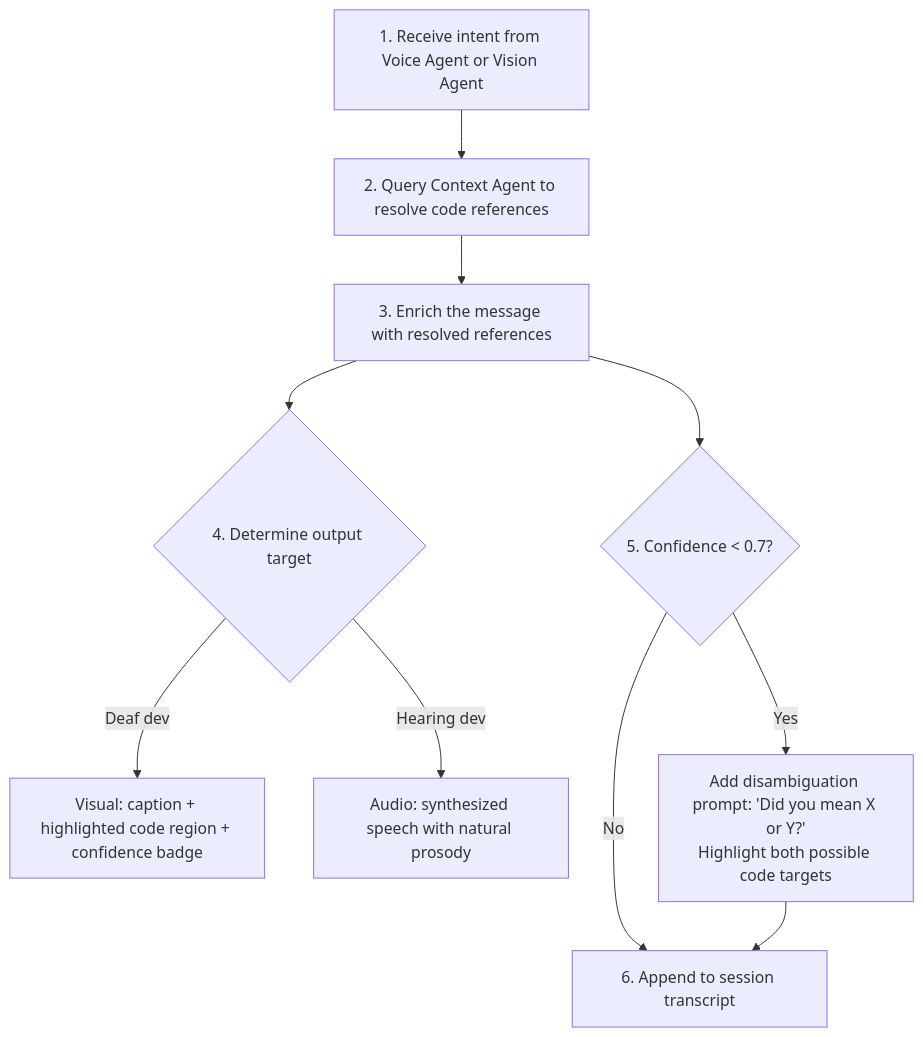
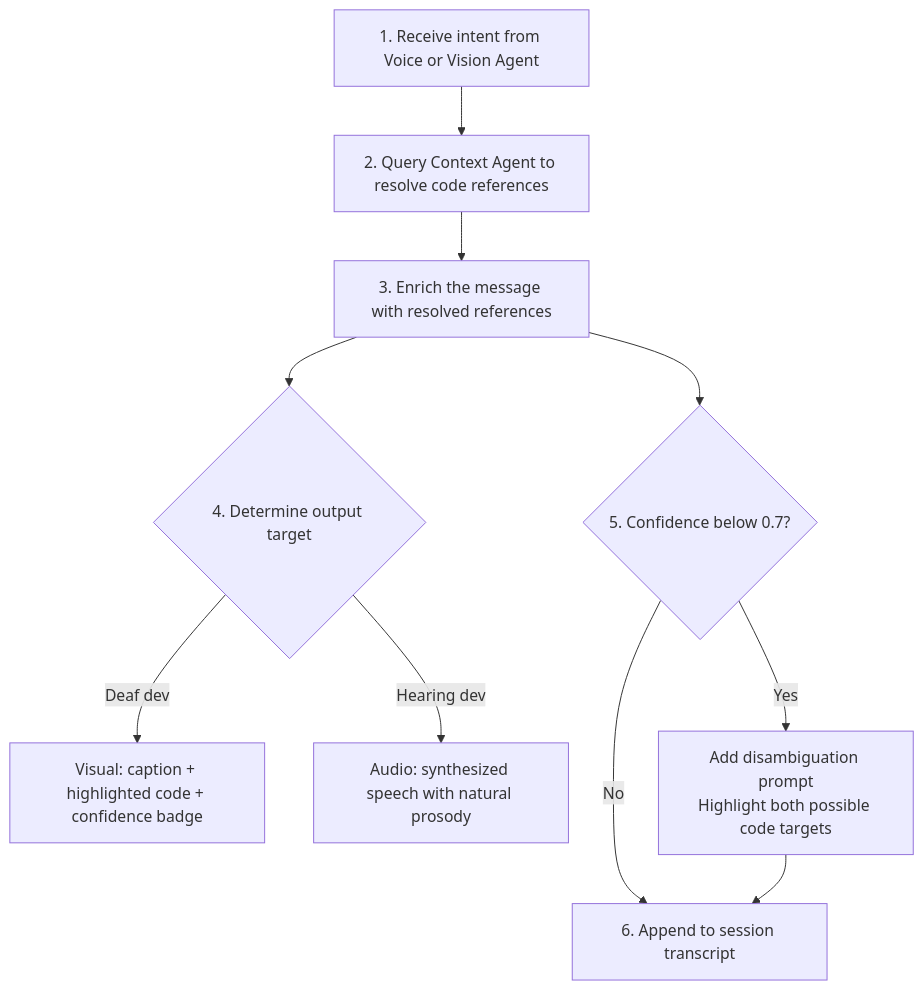
The seventh of 13 diagrams in docs/ARCHITECTURE.md (IndarKarhana/gemini-codebridge), drawn with Mermaid before and after one commit. The commit also changed other lines of this file and 5 other files, not shown here.

First line of the commit message:
fix: repair mermaid diagrams and remove .cursor directory

````diff
--- a/docs/ARCHITECTURE.md
+++ b/docs/ARCHITECTURE.md
@@ -407,12 +407,12 @@
 ```mermaid
 flowchart TD
-    A["1. Receive intent from Voice Agent or Vision Agent"] --> B["2. Query Context Agent to resolve code references"]
+    A["1. Receive intent from Voice or Vision Agent"] --> B["2. Query Context Agent to resolve code references"]
     B --> C["3. Enrich the message with resolved references"]
     C --> D{"4. Determine output target"}
-    D -->|Deaf dev| E["Visual: caption + highlighted code region + confidence badge"]
+    D -->|Deaf dev| E["Visual: caption + highlighted code + confidence badge"]
     D -->|Hearing dev| F["Audio: synthesized speech with natural prosody"]
-    C --> G{"5. Confidence < 0.7?"}
-    G -->|Yes| H["Add disambiguation prompt: 'Did you mean X or Y?'\nHighlight both possible code targets"]
+    C --> G{"5. Confidence below 0.7?"}
+    G -->|Yes| H["Add disambiguation prompt<br/>Highlight both possible code targets"]
     G -->|No| I["6. Append to session transcript"]
     H --> I
 ```
````
